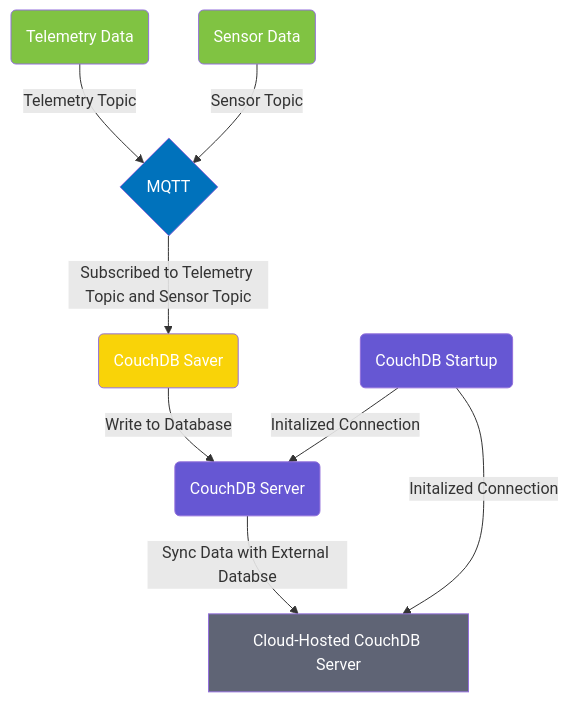
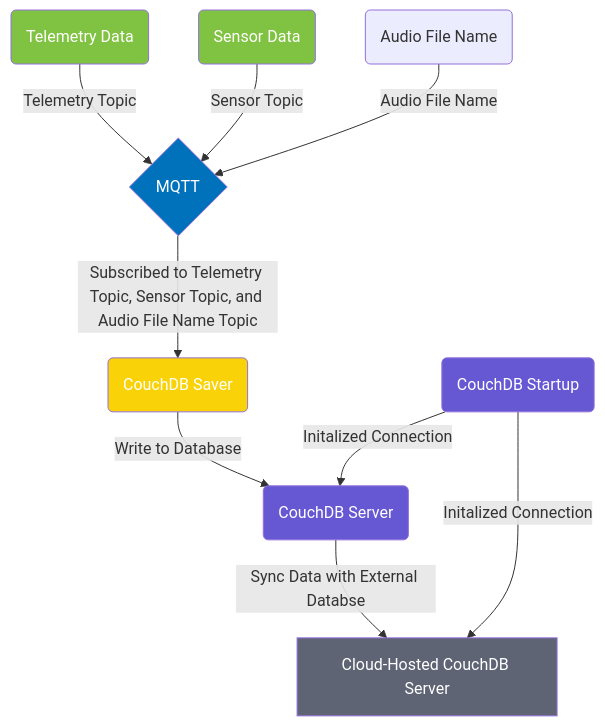
Before and after one commit to IQTLabs/edgetech-couchdb-saver: the diagram in README.md, drawn with Mermaid.

Commit message:
updating flowchart

````diff
--- a/README.md
+++ b/README.md
@@ -74,20 +74,21 @@
 ```mermaid 
 
 flowchart TD
     telemetrydata(Telemetry Data) -- Telemetry Topic --> mqtt{MQTT}
     sensordata(Sensor Data) -- Sensor Topic --> mqtt{MQTT}
-    mqtt{MQTT} -- Subscribed to Telemetry Topic and Sensor Topic --> couchdbsaver(CouchDB Saver)
+    audiofilename(Audio File Name) -- Audio File Name --> mqtt{MQTT}
+    mqtt{MQTT} -- Subscribed to Telemetry Topic, Sensor Topic, and Audio File Name Topic --> couchdbsaver(CouchDB Saver)
     couchdbsaver(CouchDB Saver) -- Write to Database --> couchdbserver(CouchDB Server)
     couchdbstartup(CouchDB Startup) -- Initalized Connection --> couchdbserver(CouchDB Server)
     couchdbstartup(CouchDB Startup) -- Initalized Connection --> couchdbremote[Cloud-Hosted CouchDB Server]
     couchdbserver(CouchDB Server) -- Sync Data with External Databse --> couchdbremote[Cloud-Hosted CouchDB Server]
 
 style mqtt fill:#0072bc,color:#ffffff
 style couchdbsaver fill:#F9D308,color:#ffffff
 style telemetrydata fill:#80c342,color:#ffffff
 style sensordata fill:#80c342,color:#ffffff
 style couchdbstartup fill:#6657d3,color:#ffffff
 style couchdbserver fill:#6657d3,color:#ffffff
 style couchdbremote fill:#5f6475,color:#ffffff
 
 ```
````
